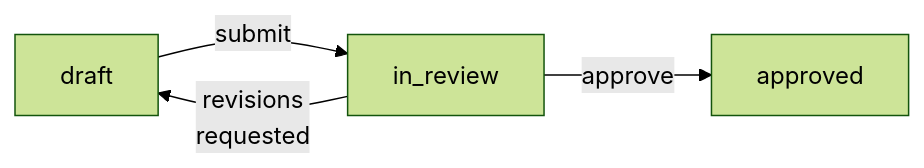
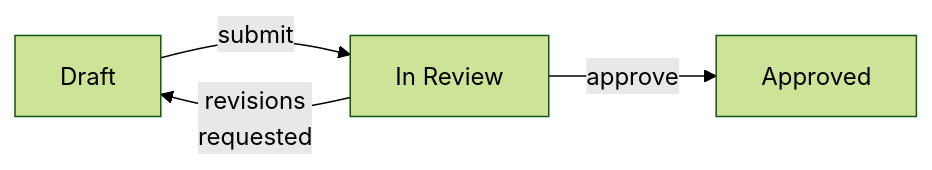
Before and after one commit to specscore/specscore: the fifth of 5 diagrams in spec/features/plan/README.md, drawn with Mermaid (forest theme). The commit also changed other lines of this file and 15 other files, not shown here.

````diff
--- a/spec/features/plan/README.md
+++ b/spec/features/plan/README.md
@@ -550,10 +498,10 @@
 ```mermaid
 graph LR
-    A["draft"]
-    B["in_review"]
-    C["approved"]
+    A["Draft"]
+    B["In Review"]
+    C["Approved"]
 
     A -->|submit| B
     B -->|revisions<br/>requested| A
     B -->|approve| C
 ```
````
